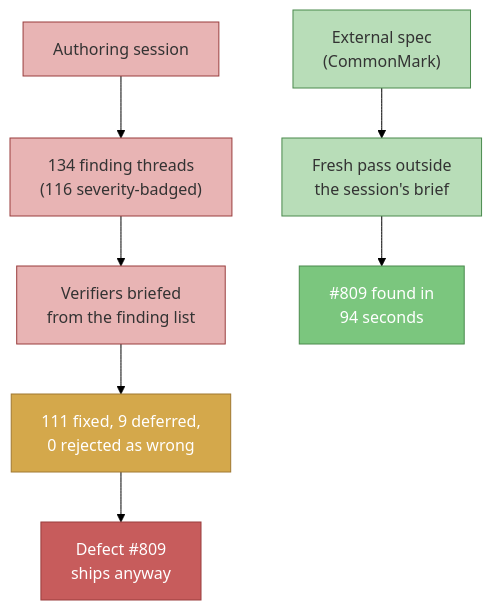
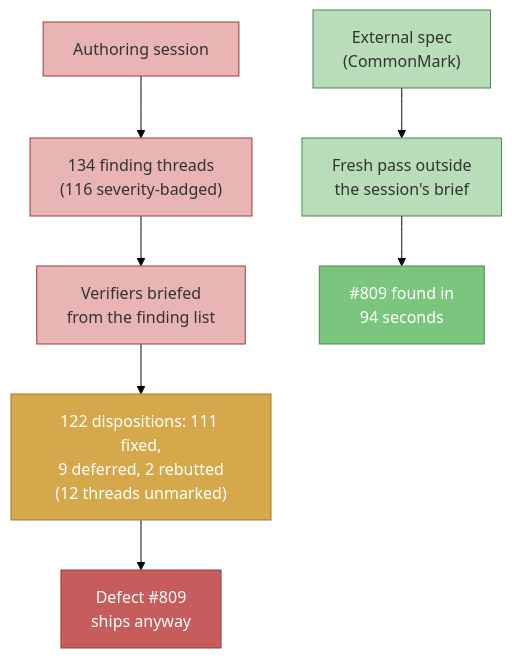
One commit to nathanjohnpayne/nathanpaynedotcom changed the diagram in src/content/blog/perfect-score-wrong-axis.md. Above: the diagram before and after it, drawn with Mermaid (forest theme). The commit also changed other lines of this file, not shown here.

````diff
--- a/src/content/blog/perfect-score-wrong-axis.md
+++ b/src/content/blog/perfect-score-wrong-axis.md
@@ -107,17 +107,17 @@
 ```mermaid
 graph TD
     A["Authoring session"] --> B["134 finding threads<br/>(116 severity-badged)"]
     B --> C["Verifiers briefed<br/>from the finding list"]
-    C --> D["111 fixed, 9 deferred,<br/>0 rejected as wrong"]
+    C --> D["122 dispositions: 111 fixed,<br/>9 deferred, 2 rebutted<br/>(12 threads unmarked)"]
     D --> E["Defect #809<br/>ships anyway"]
     S["External spec<br/>(CommonMark)"] --> F["Fresh pass outside<br/>the session's brief"]
     F --> G["#809 found in<br/>94 seconds"]
     style A fill:#e8b4b4,stroke:#993d3d,color:#333
     style B fill:#e8b4b4,stroke:#993d3d,color:#333
     style C fill:#e8b4b4,stroke:#993d3d,color:#333
     style D fill:#d4a84b,stroke:#a07830,color:#fff
     style E fill:#c75c5c,stroke:#993d3d,color:#fff
     style S fill:#b8ddb8,stroke:#4a8a4d,color:#333
     style F fill:#b8ddb8,stroke:#4a8a4d,color:#333
     style G fill:#7bc67e,stroke:#4a8a4d,color:#fff
 ```
````
